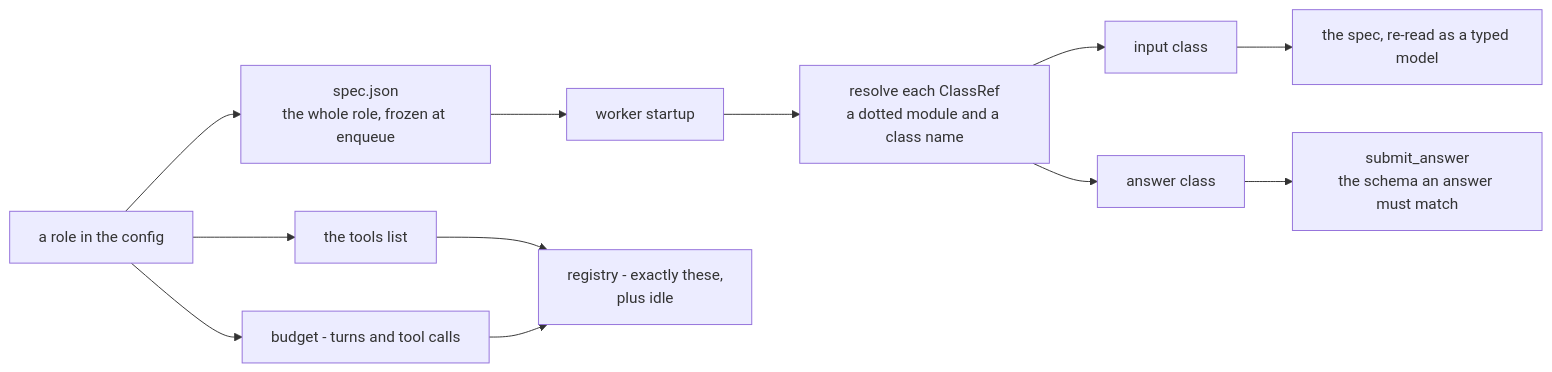
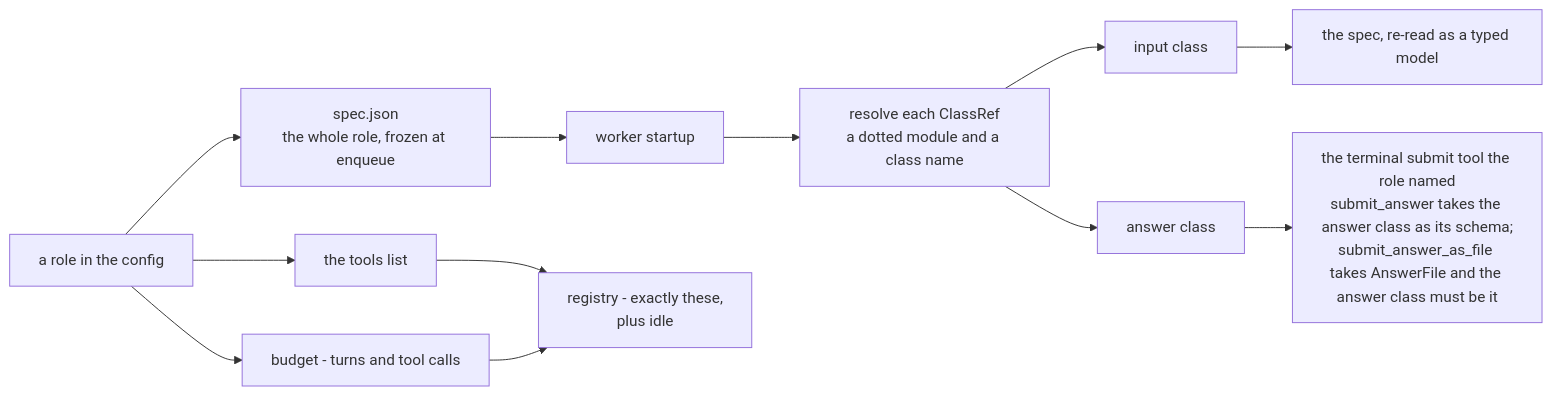
The third of 8 diagrams in README.md (avishek-sen-gupta/ancalagon), drawn with Mermaid before and after one commit. The commit also changed 1 other file, not shown here.

Commit message:
Say in the diagram which submit tool takes the answer class
The mermaid node still named submit_answer, from before a role chose its own
terminal tool. Also pins the refusal an unguided role reads, where the test
had asserted only its type.

````diff
--- a/README.md
+++ b/README.md
@@ -114,14 +114,14 @@
 ```mermaid
 flowchart LR
     role["a role in the config"] --> spec["spec.json<br/>the whole role, frozen at enqueue"]
     spec --> worker["worker startup"]
     worker --> resolve["resolve each ClassRef<br/>a dotted module and a class name"]
     resolve --> inc["input class"]
     resolve --> outc["answer class"]
     inc --> agentspec["the spec, re-read as a typed model"]
-    outc --> submit["submit_answer<br/>the schema an answer must match"]
+    outc --> submit["the terminal submit tool the role named<br/>submit_answer takes the answer class as its schema;<br/>submit_answer_as_file takes AnswerFile and the answer class must be it"]
     role --> tl["the tools list"]
     tl --> registry["registry - exactly these,<br/>plus idle"]
     role --> b["budget - turns and tool calls"]
     b --> registry
 ```
````
